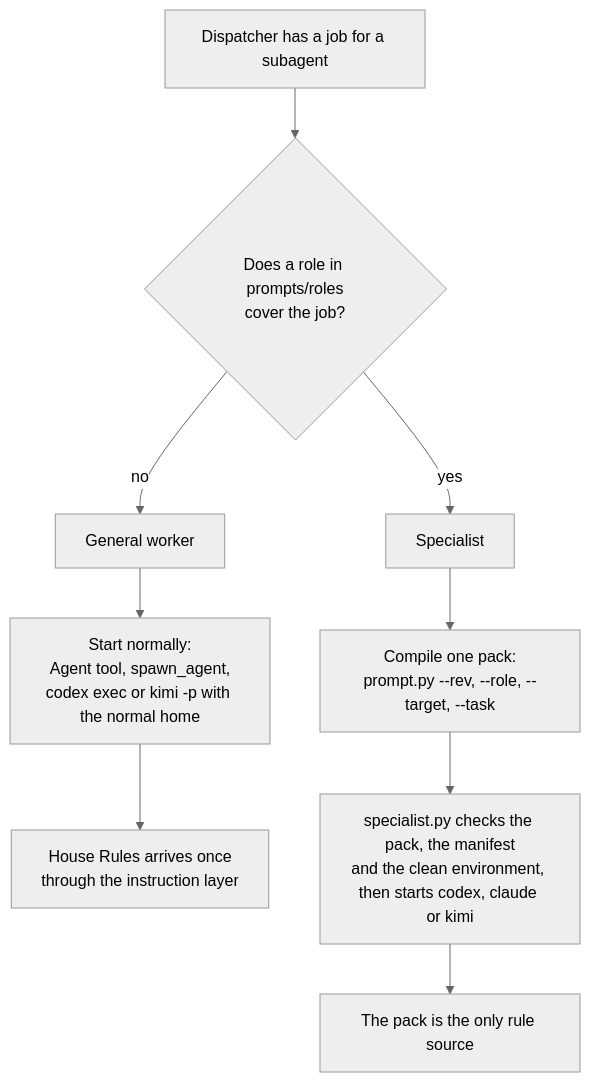
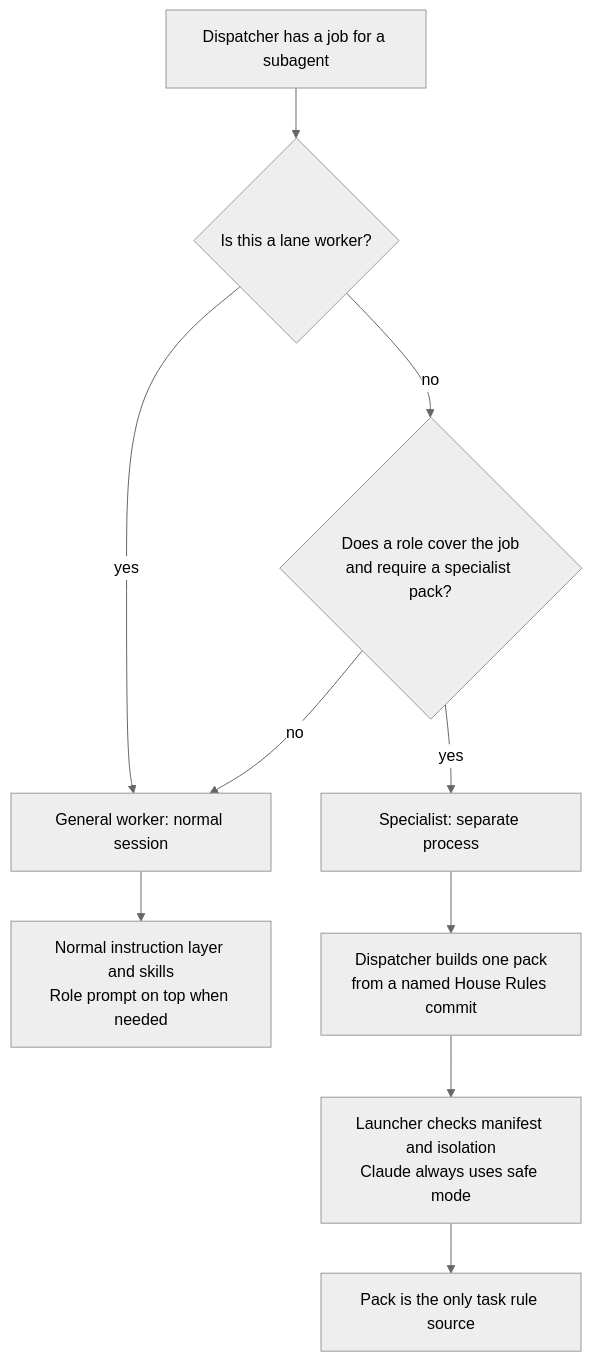
One commit to jak-pan/house-rules changed the diagram in docs/design/75-subagent-profiles.md. Above: the diagram before and after it, drawn with Mermaid (neutral theme). The commit also changed other lines of this file, not shown here.

Commit message:
Revise subagent profiles for the operator decisions of 2026-10-07

````diff
--- a/docs/design/75-subagent-profiles.md
+++ b/docs/design/75-subagent-profiles.md
@@ -58,11 +70,12 @@
 ```mermaid
 flowchart TB
-  D["Dispatcher has a job for a subagent"] --> Q{"Does a role in prompts/roles<br/>cover the job?"}
-  Q -- "no" --> G["General worker"]
-  G --> G1["Start normally:<br/>Agent tool, spawn_agent,<br/>codex exec or kimi -p with the normal home"]
-  G1 --> G2["House Rules arrives once<br/>through the instruction layer"]
-  Q -- "yes" --> S["Specialist"]
-  S --> S1["Compile one pack:<br/>prompt.py --rev, --role, --target, --task"]
-  S1 --> S2["specialist.py checks the pack, the manifest<br/>and the clean environment, then starts codex, claude or kimi"]
-  S2 --> S3["The pack is the only rule source"]
+  D["Dispatcher has a job for a subagent"] --> L{"Is this a lane worker?"}
+  L -- "yes" --> G["General worker: normal session"]
+  L -- "no" --> Q{"Does a role cover the job<br/>and require a specialist pack?"}
+  Q -- "no" --> G
+  G --> G1["Normal instruction layer and skills<br/>Role prompt on top when needed"]
+  Q -- "yes" --> S["Specialist: separate process"]
+  S --> S1["Dispatcher builds one pack<br/>from a named House Rules commit"]
+  S1 --> S2["Launcher checks manifest and isolation<br/>Claude always uses safe mode"]
+  S2 --> S3["Pack is the only task rule source"]
 ```
````
